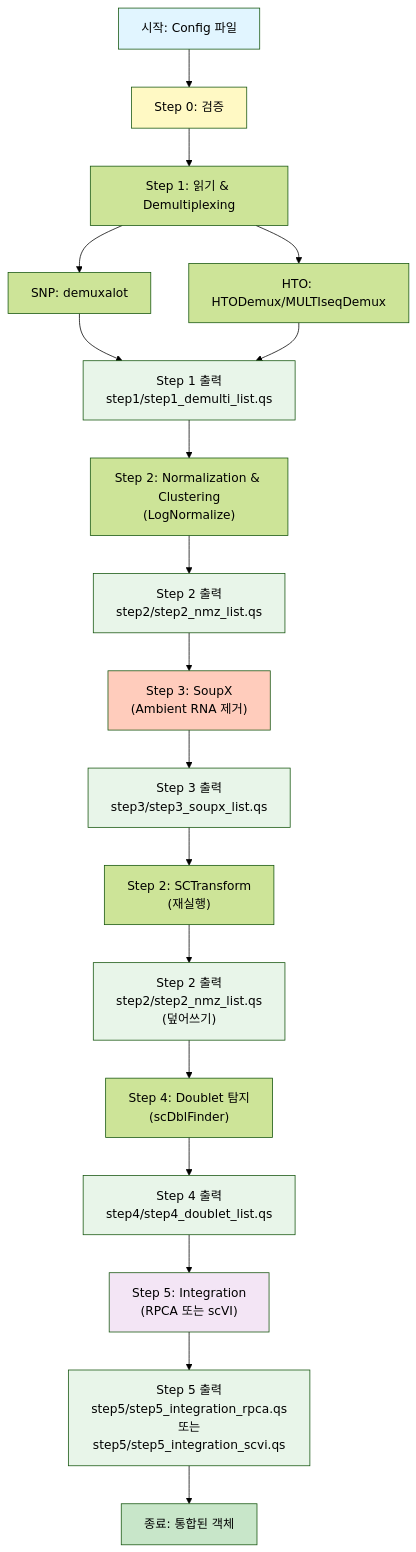
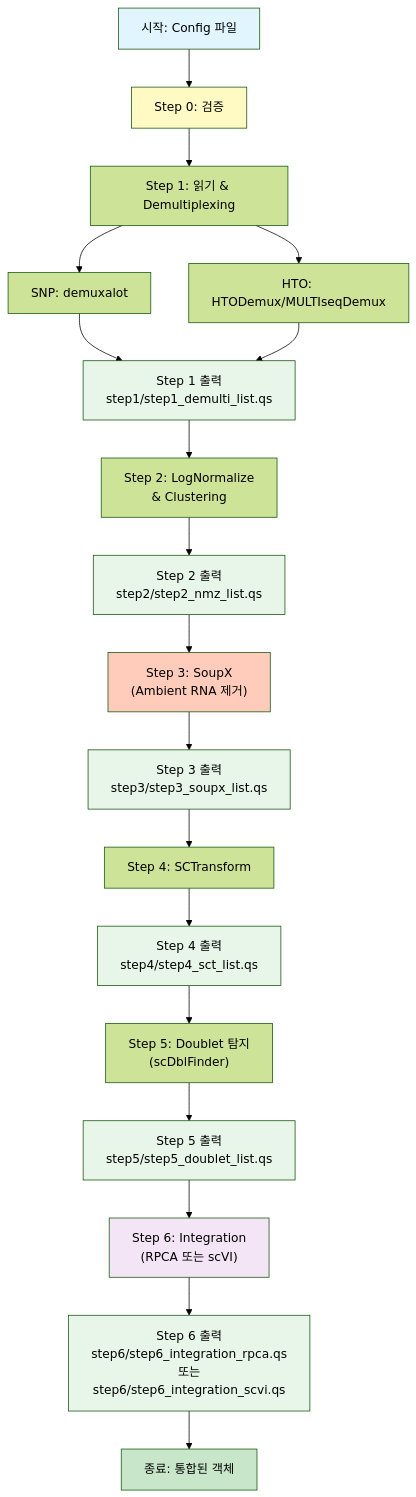
Before and after one commit to JasonK94/mylit: the diagram in docs/pipe/PIPE_INTEGRATED_GUIDE_KR.md, drawn with Mermaid (forest theme). The commit also changed other lines of this file and 6 other files, not shown here.

First line of the commit message:
Restructure pipeline: separate SCTransform as Step 4

````diff
--- a/docs/pipe/PIPE_INTEGRATED_GUIDE_KR.md
+++ b/docs/pipe/PIPE_INTEGRATED_GUIDE_KR.md
@@ -29,32 +29,32 @@
 ```mermaid
 flowchart TD
     A["시작: Config 파일"] --> B["Step 0: 검증"]
     B --> C["Step 1: 읽기 & Demultiplexing"]
     C --> C1["SNP: demuxalot"]
     C --> C2["HTO: HTODemux/MULTIseqDemux"]
     C1 --> D1["Step 1 출력<br/>step1/step1_demulti_list.qs"]
     C2 --> D1
-    D1 --> D["Step 2: Normalization & Clustering<br/>(LogNormalize)"]
+    D1 --> D["Step 2: LogNormalize<br/>& Clustering"]
     D --> D2["Step 2 출력<br/>step2/step2_nmz_list.qs"]
     D2 --> E["Step 3: SoupX<br/>(Ambient RNA 제거)"]
     E --> E1["Step 3 출력<br/>step3/step3_soupx_list.qs"]
-    E1 --> F["Step 2: SCTransform<br/>(재실행)"]
-    F --> F1["Step 2 출력<br/>step2/step2_nmz_list.qs<br/>(덮어쓰기)"]
-    F1 --> G["Step 4: Doublet 탐지<br/>(scDblFinder)"]
-    G --> G1["Step 4 출력<br/>step4/step4_doublet_list.qs"]
-    G1 --> H["Step 5: Integration<br/>(RPCA 또는 scVI)"]
-    H --> H1["Step 5 출력<br/>step5/step5_integration_rpca.qs<br/>또는<br/>step5/step5_integration_scvi.qs"]
+    E1 --> F["Step 4: SCTransform"]
+    F --> F1["Step 4 출력<br/>step4/step4_sct_list.qs"]
+    F1 --> G["Step 5: Doublet 탐지<br/>(scDblFinder)"]
+    G --> G1["Step 5 출력<br/>step5/step5_doublet_list.qs"]
+    G1 --> H["Step 6: Integration<br/>(RPCA 또는 scVI)"]
+    H --> H1["Step 6 출력<br/>step6/step6_integration_rpca.qs<br/>또는<br/>step6/step6_integration_scvi.qs"]
     H1 --> I["종료: 통합된 객체"]
     
     style A fill:#e1f5ff
     style I fill:#c8e6c9
     style B fill:#fff9c4
     style E fill:#ffccbc
     style H fill:#f3e5f5
     style D1 fill:#e8f5e9
     style D2 fill:#e8f5e9
     style E1 fill:#e8f5e9
     style F1 fill:#e8f5e9
     style G1 fill:#e8f5e9
     style H1 fill:#e8f5e9
 ```
````
